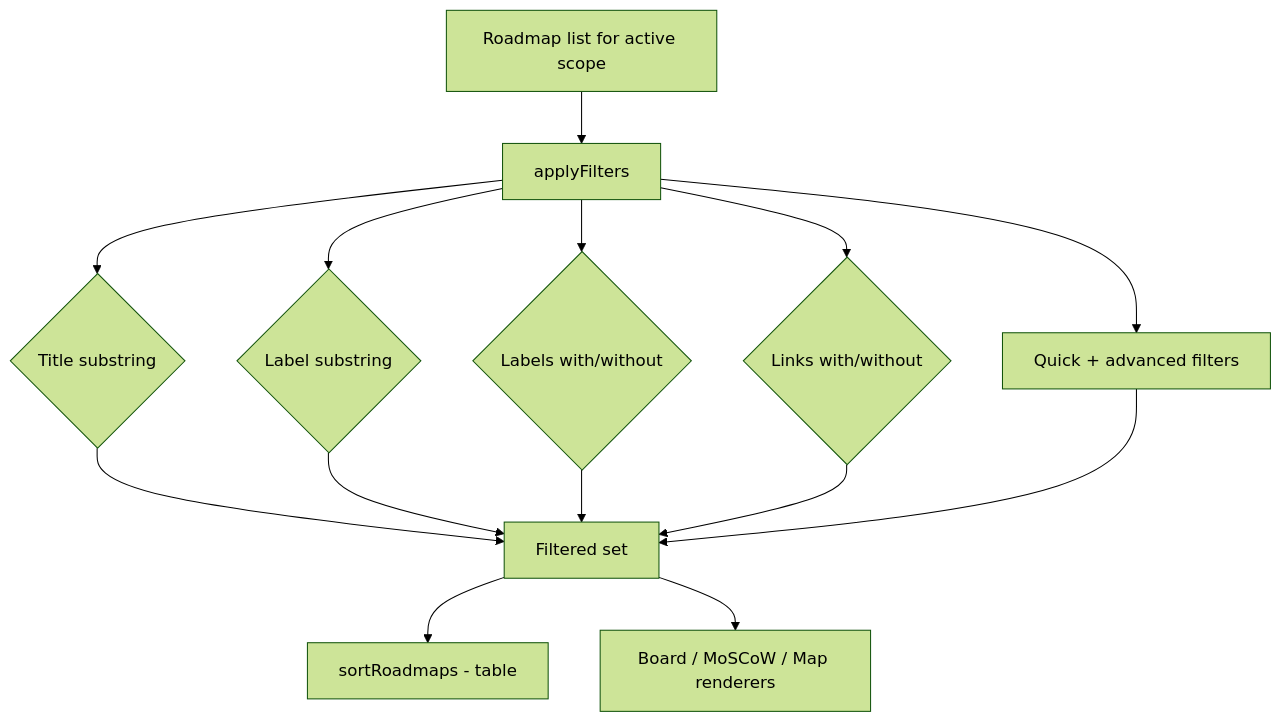
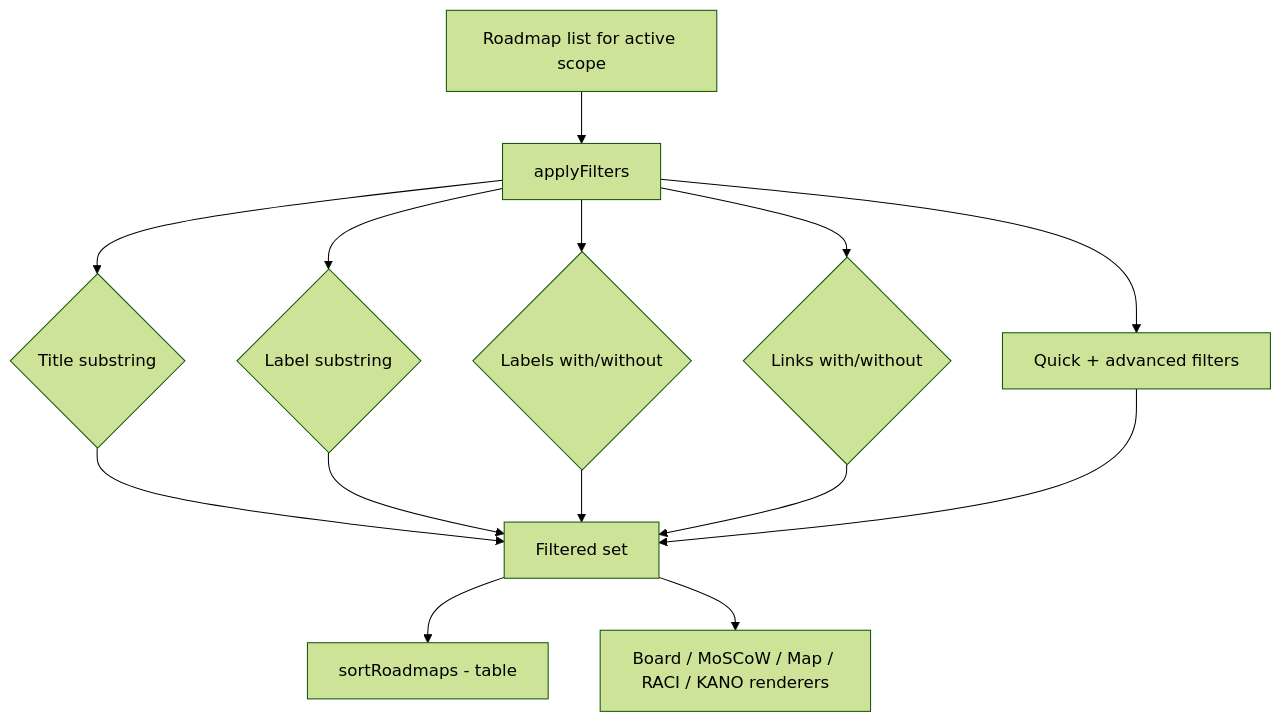
One commit to RifqiMT/pm-prioritization-tool changed the fourth of 9 diagrams in docs/ARCHITECTURE.md. Above: the diagram before and after it, drawn with Mermaid (forest theme). The commit also changed other lines of this file and 26 other files, not shown here.

````diff
--- a/docs/ARCHITECTURE.md
+++ b/docs/ARCHITECTURE.md
@@ -169,16 +174,16 @@
 ```mermaid
 flowchart TD
   A[Roadmap list for active scope] --> B[applyFilters]
   B --> C{Title substring}
   B --> D{Label substring}
   B --> E{Labels with/without}
   B --> F{Links with/without}
   B --> G[Quick + advanced filters]
   C --> H[Filtered set]
   D --> H
   E --> H
   F --> H
   G --> H
   H --> I[sortRoadmaps - table]
-  H --> J[Board / MoSCoW / Map renderers]
+  H --> J[Board / MoSCoW / Map / RACI / KANO renderers]
 ```
````
